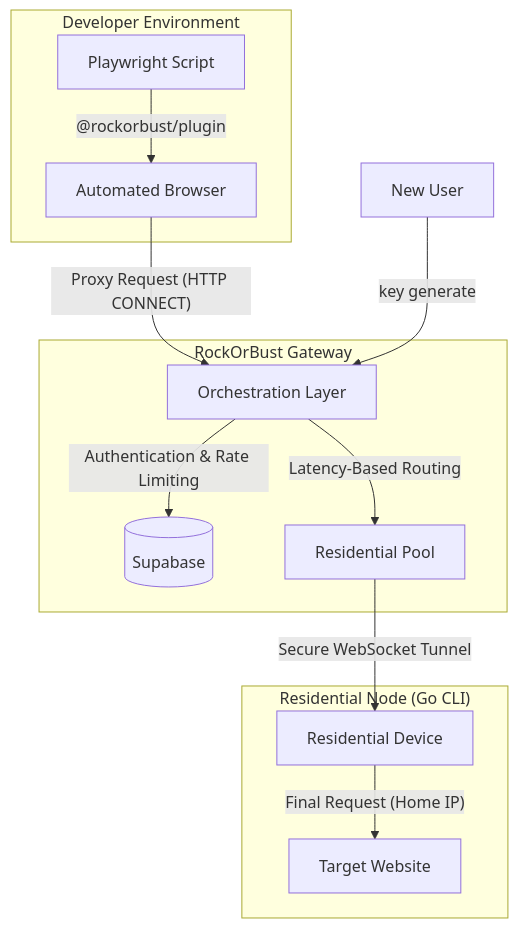
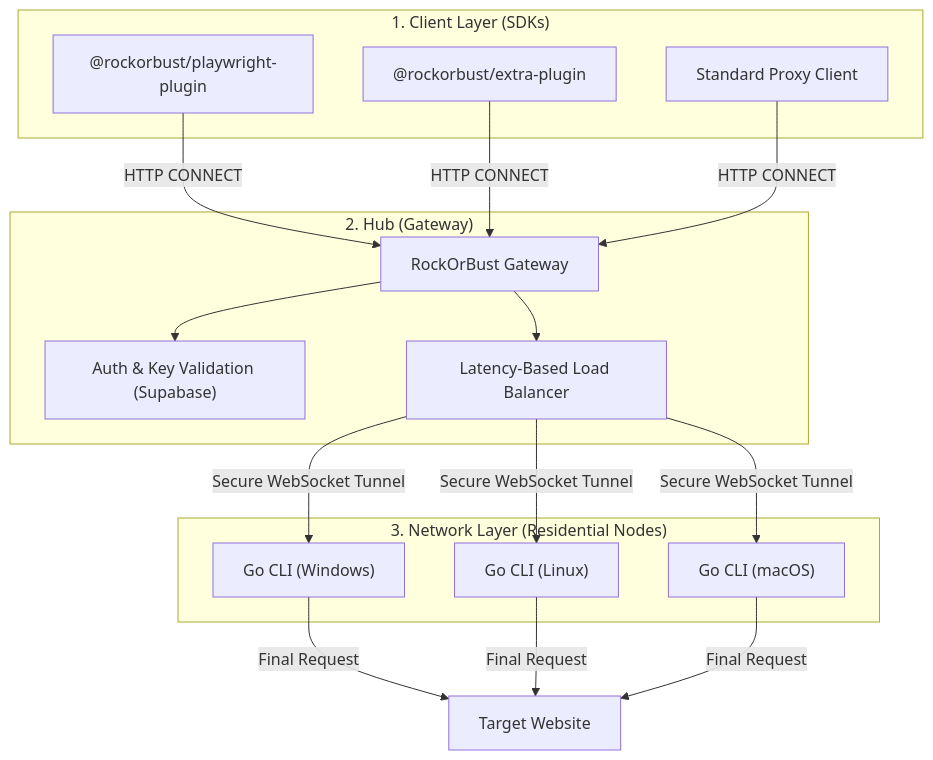
Before and after one commit to pratikpatwe/RockOrBust: the diagram in README.md, drawn with Mermaid. The commit also changed other lines of this file and 1 other file, not shown here.

First line of the commit message:
docs: professionalize documentation, unify ROB key branding, and emphasize open-source status

````diff
--- a/README.md
+++ b/README.md
@@ -9,19 +11,26 @@
 ```mermaid
 graph TD
-    subgraph "Developer Environment"
-        A[Playwright Script] -- "@rockorbust/plugin" --> B[Automated Browser]
+    subgraph "1. Client Layer (SDKs)"
+        A1["@rockorbust/playwright-plugin"]
+        A2["@rockorbust/extra-plugin"]
+        A3["Standard Proxy Client"]
     end
 
-    subgraph "RockOrBust Gateway"
-        B -- "Proxy Request (HTTP CONNECT)" --> C[Orchestration Layer]
-        C -- "Authentication & Rate Limiting" --> DB[(Supabase)]
-        C -- "Latency-Based Routing" --> D[Residential Pool]
+    subgraph "2. Hub (Gateway)"
+        B["RockOrBust Gateway"]
+        B1["Auth & Key Validation (Supabase)"]
+        B2["Latency-Based Load Balancer"]
+        B --> B1
+        B --> B2
     end
 
-    subgraph "Residential Node (Go CLI)"
-        D -- "Secure WebSocket Tunnel" --> E[Residential Device]
-        E -- "Final Request (Home IP)" --> F[Target Website]
+    subgraph "3. Network Layer (Residential Nodes)"
+        C1["Go CLI (Windows)"]
+        C2["Go CLI (Linux)"]
+        C3["Go CLI (macOS)"]
     end
 
-    G[New User] -- "key generate" --> C
+    A1 & A2 & A3 -- "HTTP CONNECT" --> B
+    B2 -- "Secure WebSocket Tunnel" --> C1 & C2 & C3
+    C1 & C2 & C3 -- "Final Request" --> D["Target Website"]
 ```
````
